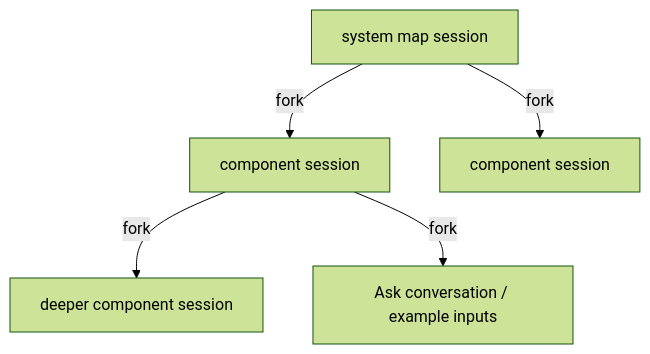
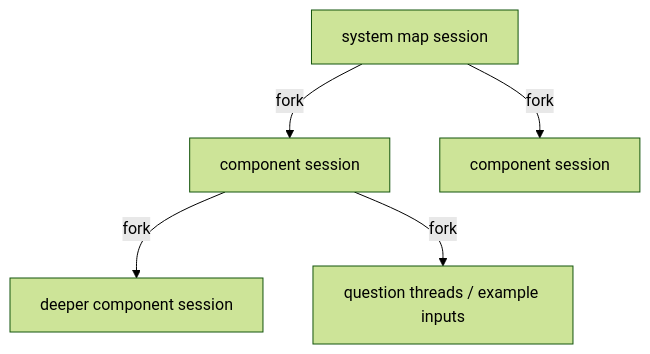
The diagram in README.md (fr3akX/cxplr), drawn with Mermaid (forest theme) before and after one commit. The commit also changed other lines of this file, not shown here.

````diff
--- a/README.md
+++ b/README.md
@@ -194,7 +220,7 @@
 ```mermaid
 flowchart TD
   S["system map session"] -->|fork| C1["component session"]
   S -->|fork| C2["component session"]
   C1 -->|fork| D["deeper component session"]
-  C1 -->|fork| Q["Ask conversation / example inputs"]
+  C1 -->|fork| Q["question threads / example inputs"]
 ```
````
